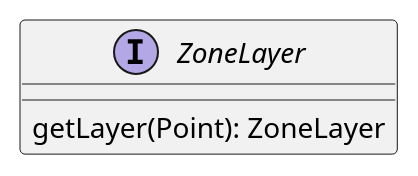
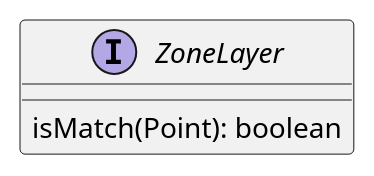
One commit to tunepruner/FingerPerc changed diagram 13 of 29 in app/Documentation/Declarations.puml. Above: the diagram before and after it, drawn with PlantUML. The commit also changed other lines of this file and 26 other files, not shown here.

Commit message:
Finishes basics of both prepareSequences

```diff
--- a/app/Documentation/Declarations.puml
+++ b/app/Documentation/Declarations.puml
@@ -114,5 +101,5 @@
 @startuml(id=ZoneLayer)
 interface ZoneLayer{
-getLayer(Point): ZoneLayer
+isMatch(Point): boolean
 }
 @enduml
```
